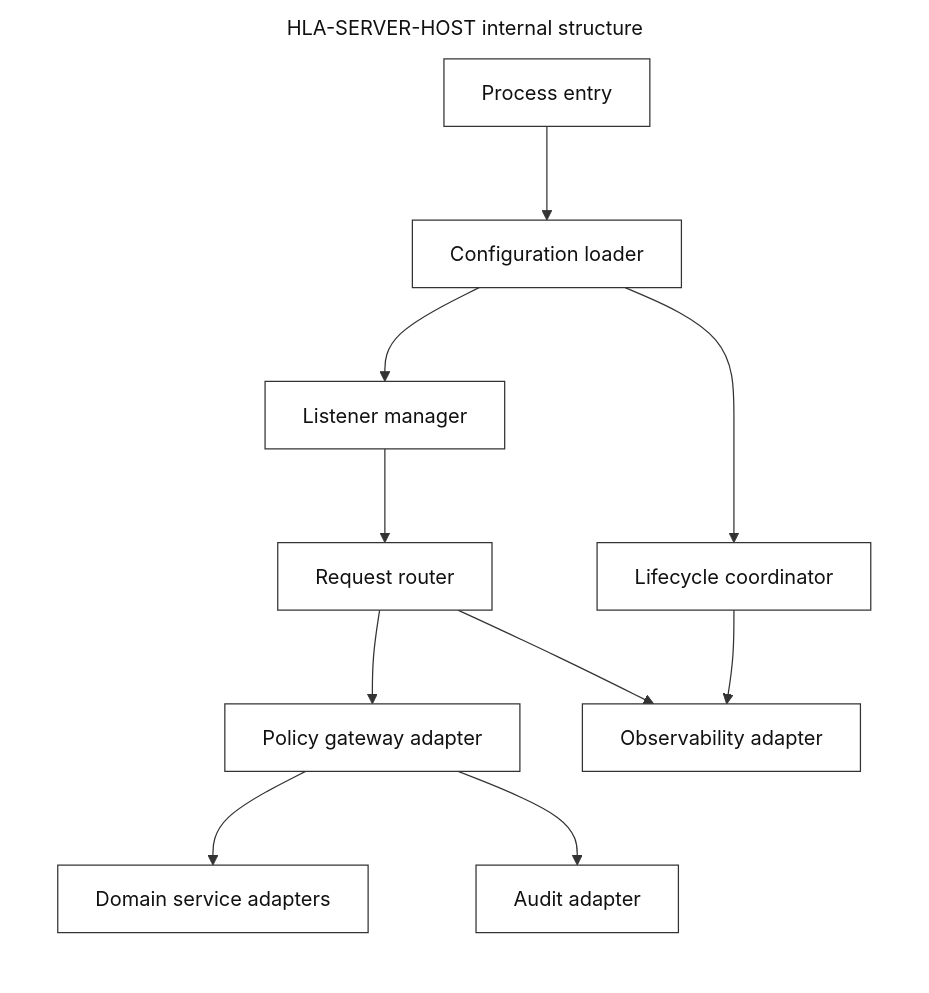
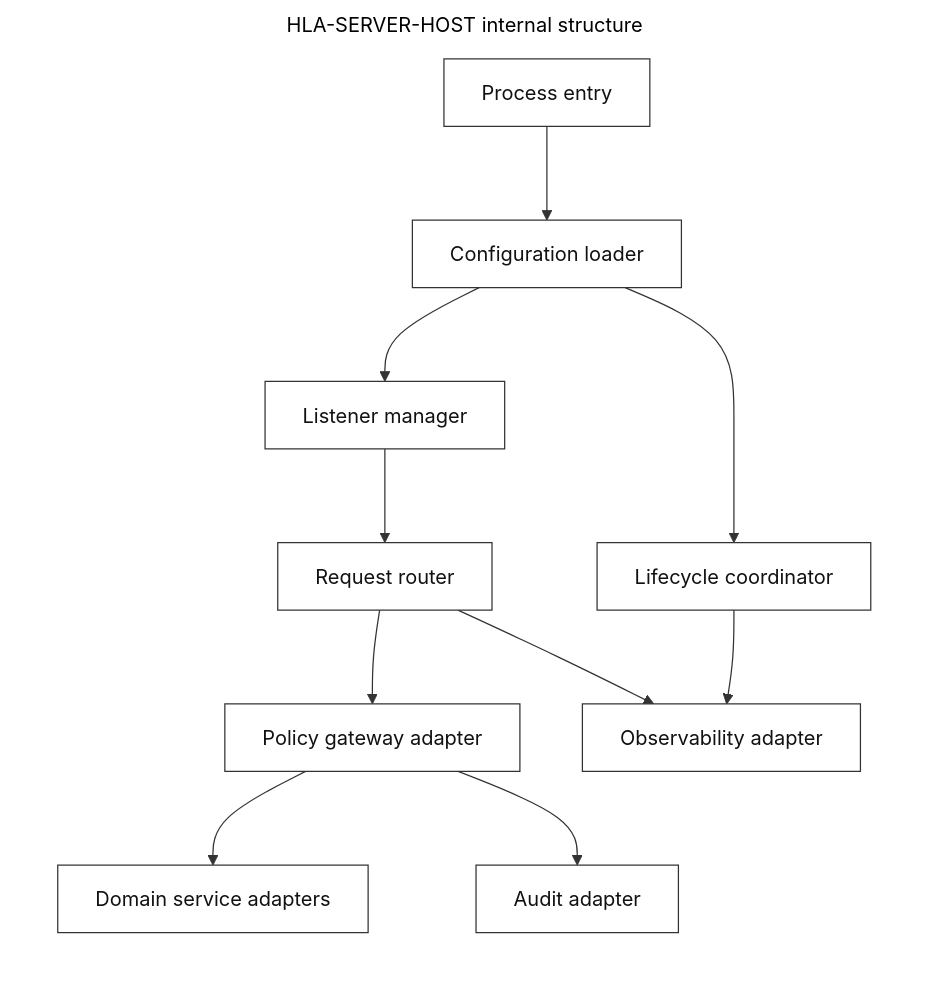
Before and after one commit to code-monki/mylib: the diagram in system-documentation/system-artifacts/img-src/dd-server-host-internal-structure.mmd, drawn with Mermaid. The commit also changed 72 other files, not shown here.

```diff
--- a/system-documentation/system-artifacts/img-src/dd-server-host-internal-structure.mmd
+++ b/system-documentation/system-artifacts/img-src/dd-server-host-internal-structure.mmd
@@ -1,25 +1,25 @@
-%%{init: {"theme": "base", "themeVariables": {"background": "#ffffff", "primaryColor": "#ffffff", "primaryTextColor": "#111111", "primaryBorderColor": "#333333", "lineColor": "#333333", "secondaryColor": "#f7f7f7", "tertiaryColor": "#ffffff", "clusterBkg": "#ffffff", "clusterBorder": "#777777", "edgeLabelBackground": "#ffffff"}}}%%
+%%{init: {"theme": "base", "flowchart": {"htmlLabels": false}, "themeVariables": {"background": "#ffffff", "primaryColor": "#ffffff", "primaryTextColor": "#111111", "primaryBorderColor": "#333333", "lineColor": "#333333", "secondaryColor": "#f7f7f7", "tertiaryColor": "#ffffff", "clusterBkg": "#ffffff", "clusterBorder": "#777777", "edgeLabelBackground": "#ffffff"}}}%%
 flowchart TB
   subgraph Diagram["HLA-SERVER-HOST internal structure"]
     direction TB
     Entry["Process entry"]
     Config["Configuration loader"]
     Listener["Listener manager"]
     Router["Request router"]
     Policy["Policy gateway adapter"]
     Services["Domain service adapters"]
     Obs["Observability adapter"]
     Audit["Audit adapter"]
     Lifecycle["Lifecycle coordinator"]
 
     Entry --> Config
     Config --> Listener
     Config --> Lifecycle
     Listener --> Router
     Router --> Policy
     Policy --> Services
     Router --> Obs
     Policy --> Audit
     Lifecycle --> Obs
   end
   style Diagram fill:#ffffff,stroke:#ffffff,color:#111111
```
